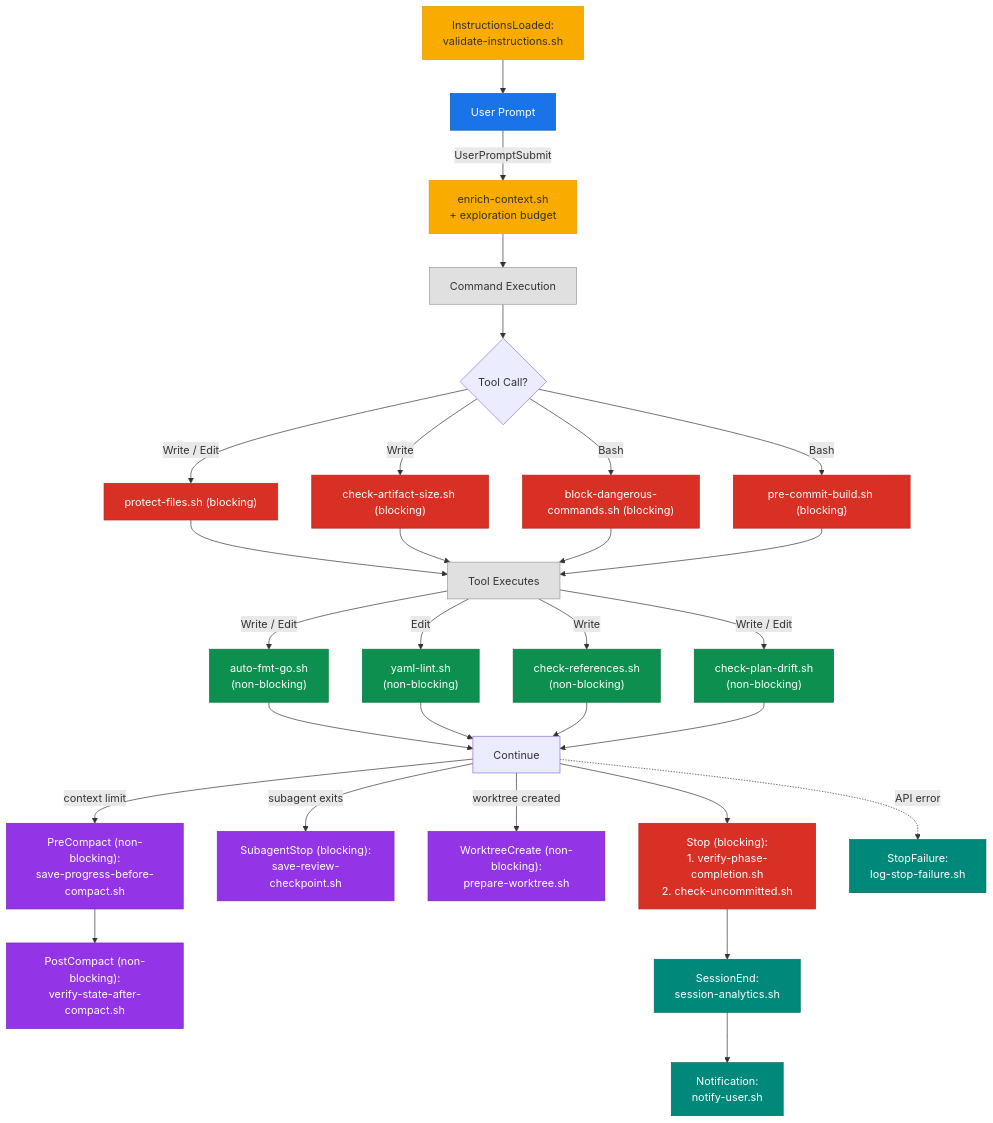
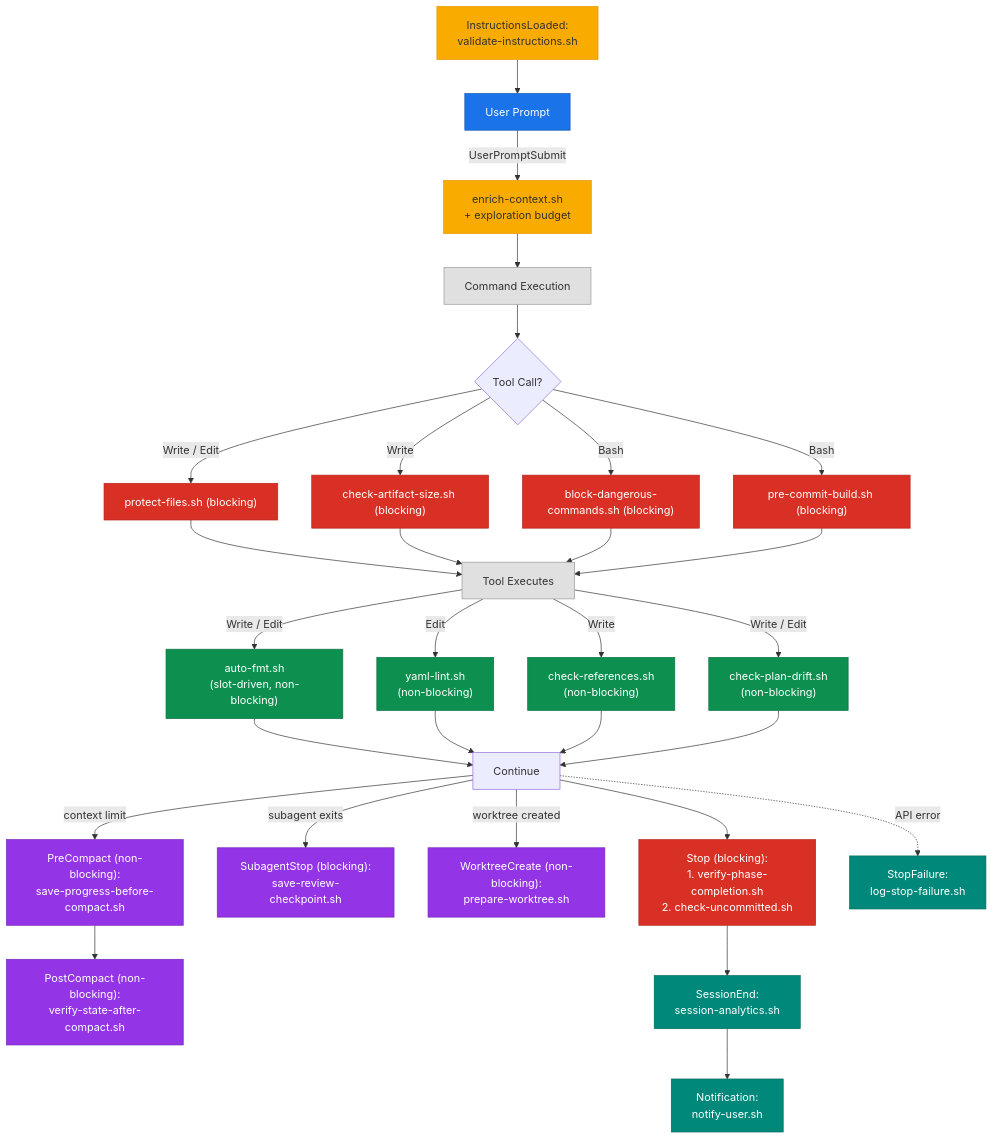
One commit to hex0xdeadbeef/claude-kit changed the sixth of 6 diagrams in README.md. Above: the diagram before and after it, drawn with Mermaid. The commit also changed other lines of this file and 10 other files, not shown here.

````diff
--- a/README.md
+++ b/README.md
@@ -477,59 +477,59 @@
 ```mermaid
 flowchart TB
     IL["InstructionsLoaded:<br/>validate-instructions.sh"] --> UP["User Prompt"]
     UP -->|UserPromptSubmit| ENR["enrich-context.sh<br/>+ exploration budget"]
     ENR --> CMD["Command Execution"]
 
     CMD --> TOOL{"Tool Call?"}
     TOOL -->|"Write / Edit"| PRE1["protect-files.sh (blocking)"]
     TOOL -->|Write| PRE2["check-artifact-size.sh (blocking)"]
     TOOL -->|Bash| PRE3["block-dangerous-commands.sh (blocking)"]
     TOOL -->|Bash| PRE4["pre-commit-build.sh (blocking)"]
 
     PRE1 --> EXEC["Tool Executes"]
     PRE2 --> EXEC
     PRE3 --> EXEC
     PRE4 --> EXEC
 
-    EXEC -->|"Write / Edit"| POST1["auto-fmt-go.sh<br/>(non-blocking)"]
+    EXEC -->|"Write / Edit"| POST1["auto-fmt.sh<br/>(slot-driven, non-blocking)"]
     EXEC -->|Edit| POST2["yaml-lint.sh<br/>(non-blocking)"]
     EXEC -->|Write| POST3["check-references.sh<br/>(non-blocking)"]
     EXEC -->|"Write / Edit"| POST4["check-plan-drift.sh<br/>(non-blocking)"]
 
     POST1 --> CONT["Continue"]
     POST2 --> CONT
     POST3 --> CONT
     POST4 --> CONT
 
     CONT -->|"context limit"| COMPACT["PreCompact (non-blocking):<br/>save-progress-before-compact.sh"]
     COMPACT --> PCOMPACT["PostCompact (non-blocking):<br/>verify-state-after-compact.sh"]
     CONT -->|"subagent exits"| SUBSTOP["SubagentStop (blocking):<br/>save-review-checkpoint.sh"]
     CONT -->|"worktree created"| WT["WorktreeCreate (non-blocking):<br/>prepare-worktree.sh"]
     CONT --> STOP["Stop (blocking):<br/>1. verify-phase-completion.sh<br/>2. check-uncommitted.sh"]
     CONT -.->|"API error"| SFAIL["StopFailure:<br/>log-stop-failure.sh"]
 
     STOP --> SESS["SessionEnd:<br/>session-analytics.sh"]
     SESS --> NOTIFY["Notification:<br/>notify-user.sh"]
 
     style IL fill:#f9ab00,color:#333,stroke:#e69500
     style UP fill:#1a73e8,color:#fff,stroke:#1557b0
     style ENR fill:#f9ab00,color:#333,stroke:#e69500
     style CMD fill:#e0e0e0,color:#333,stroke:#999
     style PRE1 fill:#d93025,color:#fff,stroke:#b3261e
     style PRE2 fill:#d93025,color:#fff,stroke:#b3261e
     style PRE3 fill:#d93025,color:#fff,stroke:#b3261e
     style PRE4 fill:#d93025,color:#fff,stroke:#b3261e
     style EXEC fill:#e0e0e0,color:#333,stroke:#999
     style POST1 fill:#0d904f,color:#fff,stroke:#0a7040
     style POST2 fill:#0d904f,color:#fff,stroke:#0a7040
     style POST3 fill:#0d904f,color:#fff,stroke:#0a7040
     style POST4 fill:#0d904f,color:#fff,stroke:#0a7040
     style COMPACT fill:#9334e6,color:#fff,stroke:#7627bb
     style PCOMPACT fill:#9334e6,color:#fff,stroke:#7627bb
     style SUBSTOP fill:#9334e6,color:#fff,stroke:#7627bb
     style WT fill:#9334e6,color:#fff,stroke:#7627bb
     style STOP fill:#d93025,color:#fff,stroke:#b3261e
     style SFAIL fill:#00897b,color:#fff,stroke:#00695c
     style SESS fill:#00897b,color:#fff,stroke:#00695c
     style NOTIFY fill:#00897b,color:#fff,stroke:#00695c
 ```
````
